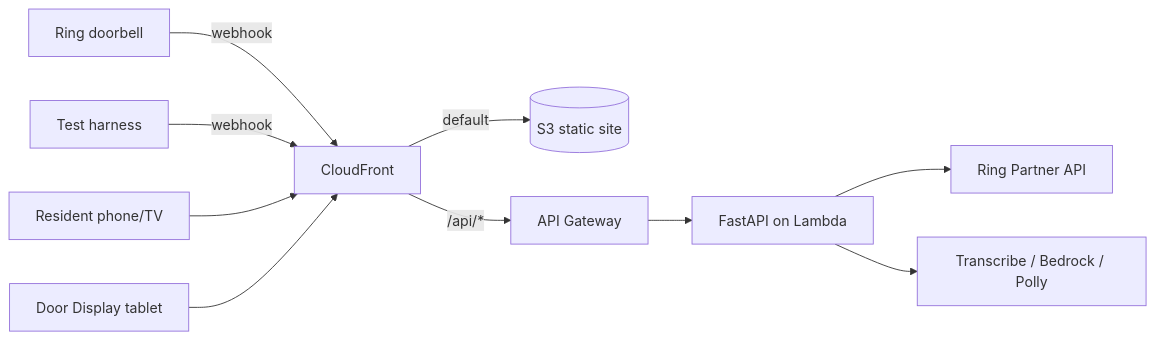
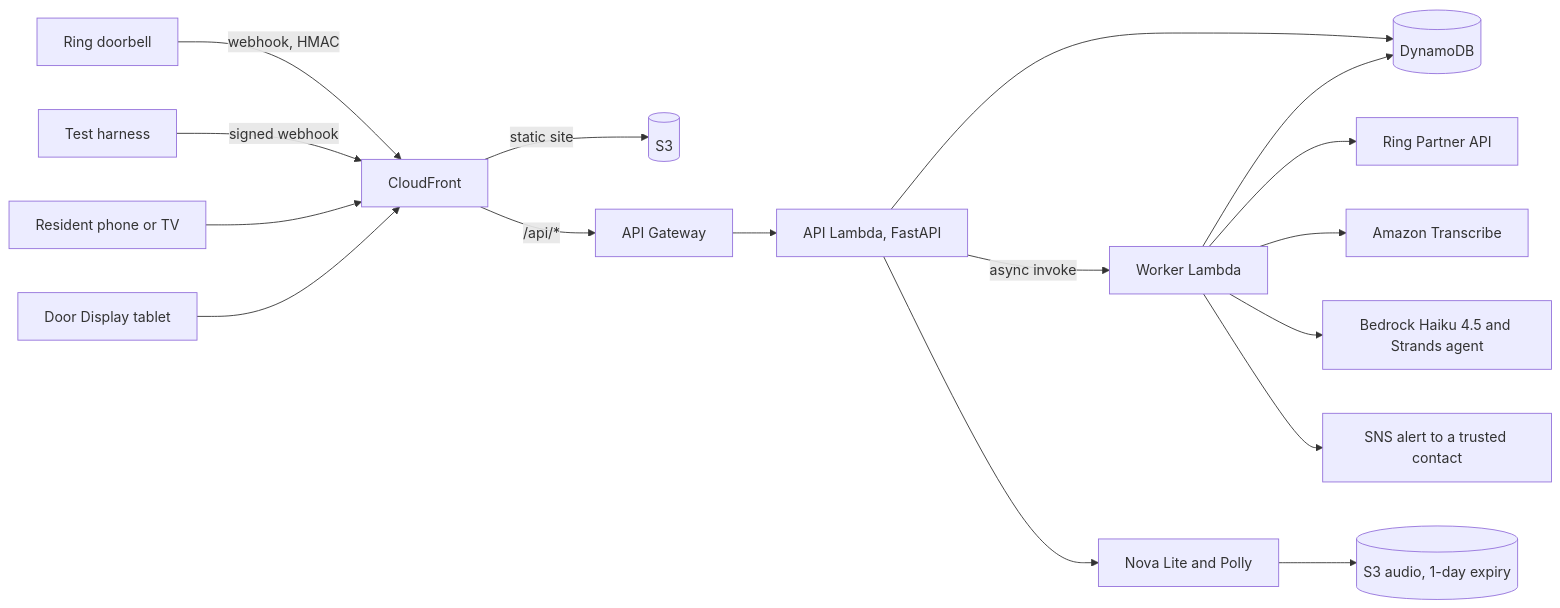
The diagram in README.md (ajayg10/Threshold), drawn with Mermaid before and after one commit. The commit also changed other lines of this file and 12 other files, not shown here.

````diff
--- a/README.md
+++ b/README.md
@@ -61,11 +96,17 @@
 ```mermaid
 flowchart LR
-    Ring[Ring doorbell] -- webhook --> CF[CloudFront]
-    Harness[Test harness] -- webhook --> CF
-    Phone[Resident phone/TV] --> CF
-    DoorDisplay[Door Display tablet] --> CF
-    CF -- default --> S3[(S3 static site)]
-    CF -- /api/* --> APIGW[API Gateway] --> Lambda[FastAPI on Lambda]
-    Lambda --> RingAPI[Ring Partner API]
-    Lambda --> AI[Transcribe / Bedrock / Polly]
+    Ring[Ring doorbell] -- "webhook, HMAC" --> CF[CloudFront]
+    Harness[Test harness] -- "signed webhook" --> CF
+    Resident[Resident phone or TV] --> CF
+    Door[Door Display tablet] --> CF
+    CF -- "static site" --> Site[(S3)]
+    CF -- "/api/*" --> APIGW[API Gateway] --> API[API Lambda, FastAPI]
+    API -- "async invoke" --> Worker[Worker Lambda]
+    API --> DDB[(DynamoDB)]
+    Worker --> DDB
+    Worker --> RingAPI[Ring Partner API]
+    Worker --> Transcribe[Amazon Transcribe]
+    Worker --> Bedrock[Bedrock Haiku 4.5 and Strands agent]
+    Worker --> SNS[SNS alert to a trusted contact]
+    API --> Reply[Nova Lite and Polly] --> Audio[(S3 audio, 1-day expiry)]
 ```
````
